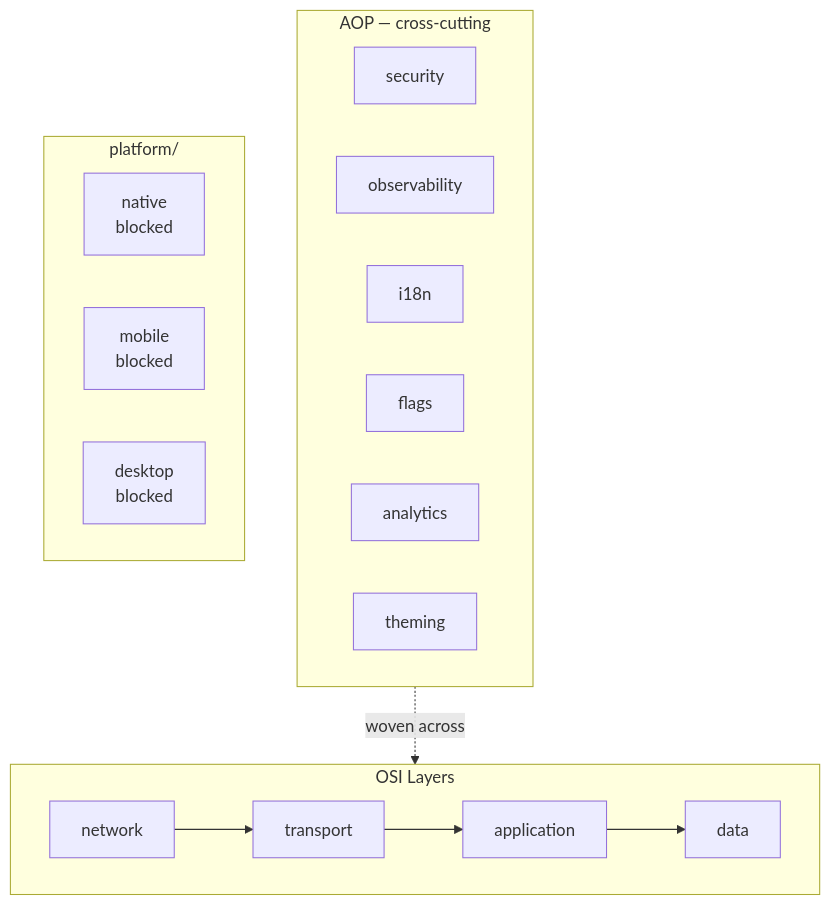
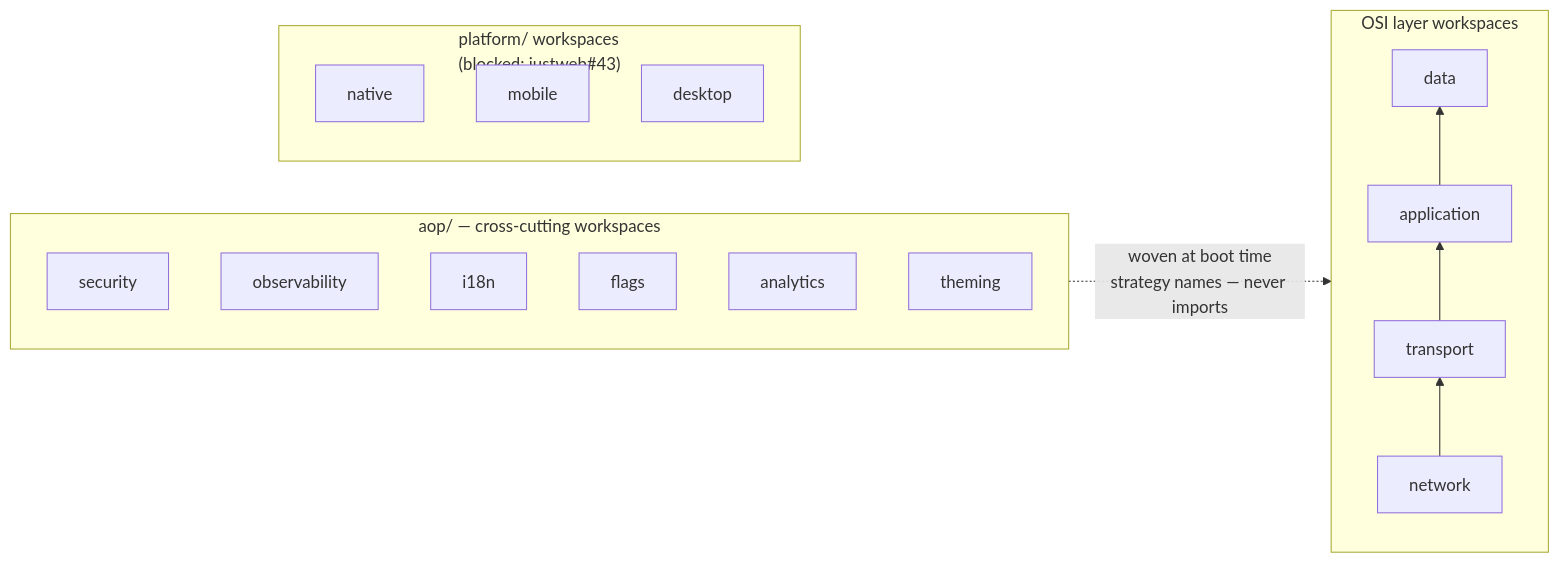
The first of 7 diagrams in docs/3-design/architecture.md (sweengineeringlabs/justjs), drawn with Mermaid before and after one commit. The commit also changed other lines of this file and 1 other file, not shown here.

First line of the commit message:
docs: clarify AOP multi-layer rationale and update all diagrams

````diff
--- a/docs/3-design/architecture.md
+++ b/docs/3-design/architecture.md
@@ -15,27 +15,29 @@
 ```mermaid
-graph TD
-  subgraph osi[OSI Layers]
-    N[network]
-    T[transport]
-    A[application]
-    D[data]
-    N --> T --> A --> D
-  end
-
-  subgraph aop[AOP — cross-cutting]
+flowchart LR
+  subgraph aop["aop/ — cross-cutting workspaces"]
+    direction TB
     Sec[security]
     Obs[observability]
     I18n[i18n]
     Fl[flags]
     An[analytics]
     Th[theming]
   end
 
-  subgraph platform[platform/]
-    Na[native\nblocked]
-    Mo[mobile\nblocked]
-    De[desktop\nblocked]
+  subgraph osi["OSI layer workspaces"]
+    direction BT
+    N[network]
+    T[transport]
+    A[application]
+    D[data]
+    N --> T --> A --> D
   end
 
-  aop -.->|woven across| osi
+  subgraph plat["platform/ workspaces\n(blocked: justweb#43)"]
+    Na[native]
+    Mo[mobile]
+    De[desktop]
+  end
+
+  aop -.->|"woven at boot time\nstrategy names — never imports"| osi
 ```
````
